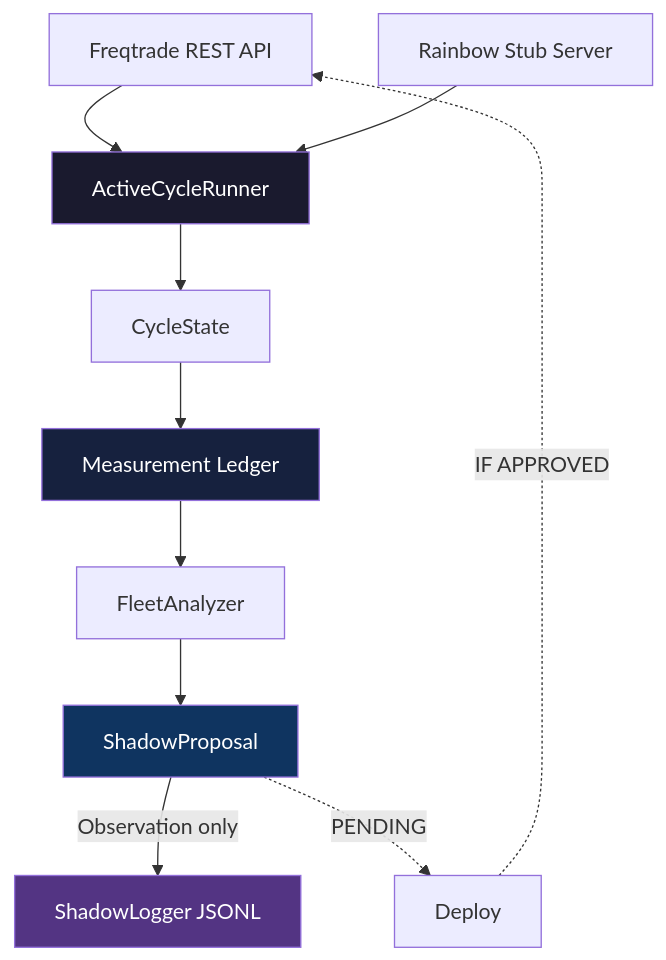
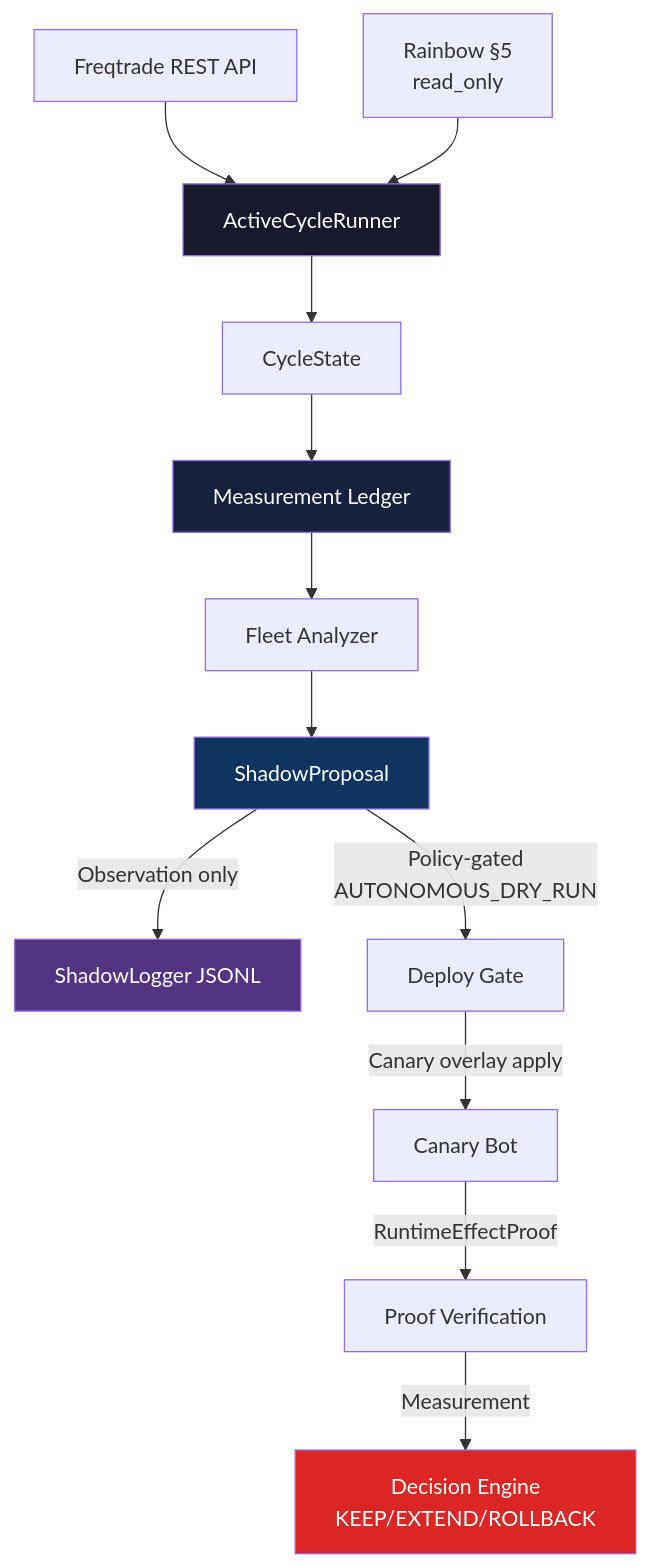
Before and after one commit to GoLukeEnviro/trading-hub: the diagram in self_improvement_v2/README.md, drawn with Mermaid. The commit also changed other lines of this file and 4 other files, not shown here.

````diff
--- a/self_improvement_v2/README.md
+++ b/self_improvement_v2/README.md
@@ -143,17 +186,20 @@
 ```mermaid
 flowchart TD
     FT[Freqtrade REST API] --> CR[ActiveCycleRunner]
-    RB[Rainbow Stub Server] --> CR
+    RB[Rainbow §5<br/>read_only] --> CR
     CR --> CS[CycleState]
     CS --> ML[Measurement Ledger]
-    ML --> FA[FleetAnalyzer]
+    ML --> FA[Fleet Analyzer]
     FA --> SP[ShadowProposal]
     SP -->|Observation only| LOG[ShadowLogger JSONL]
-    SP -.->|PENDING| DEP[Deploy]
-    DEP -.->|IF APPROVED| FT
+    SP -->|Policy-gated<br/>AUTONOMOUS_DRY_RUN| DEP[Deploy Gate]
+    DEP -->|Canary overlay apply| CANARY[Canary Bot]
+    CANARY -->|RuntimeEffectProof| PROOF[Proof Verification]
+    PROOF -->|Measurement| DEC[Decision Engine<br/>KEEP/EXTEND/ROLLBACK]
 
     style CR fill:#1a1a2e,color:#fff
     style ML fill:#16213e,color:#fff
     style SP fill:#0f3460,color:#fff
     style LOG fill:#533483,color:#fff
+    style DEC fill:#dc2626,color:#fff
 ```
````
